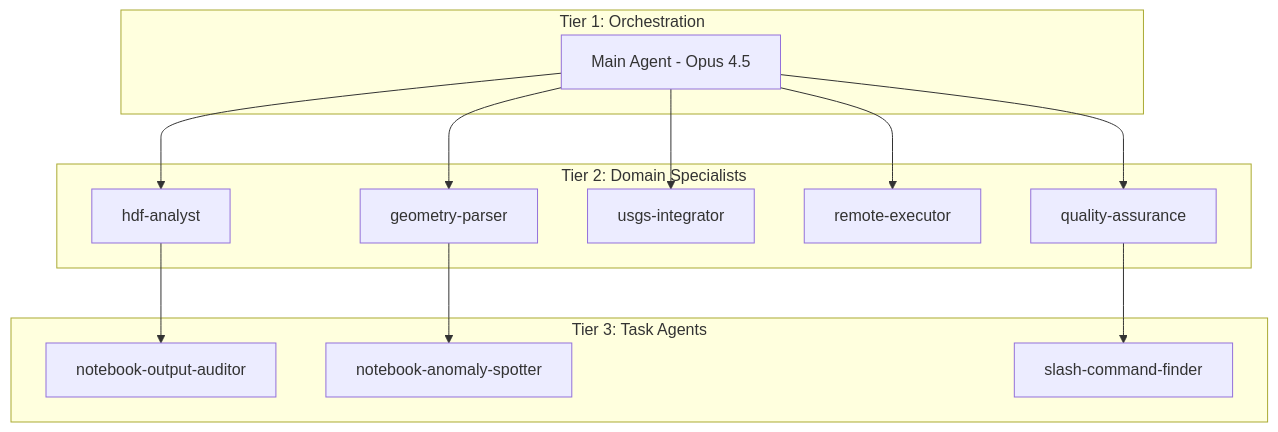
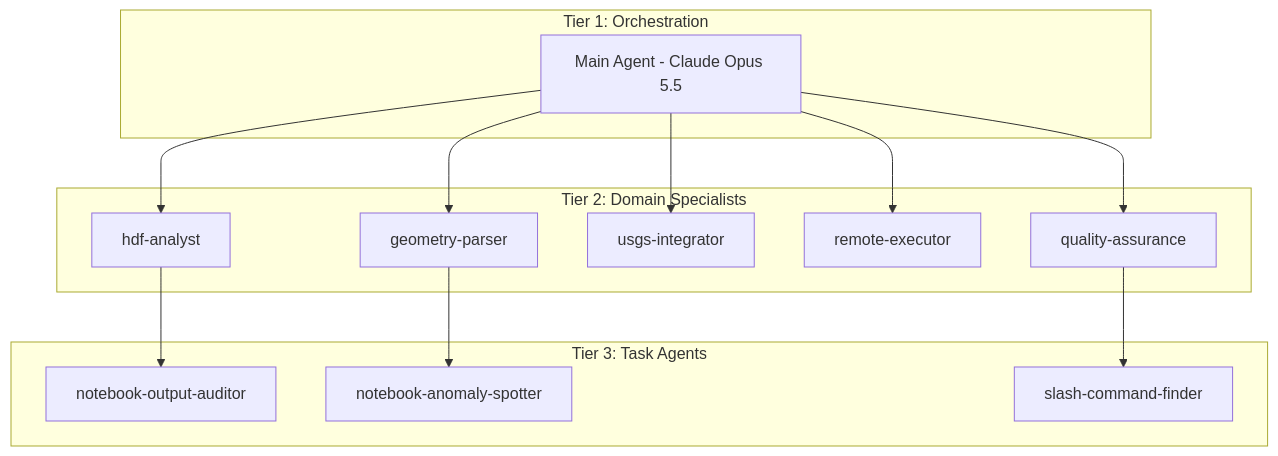
Before and after one commit to gpt-cmdr/ras-commander: the diagram in docs/cognitive-infrastructure/index.md, drawn with Mermaid. The commit also changed other lines of this file, not shown here.

````diff
--- a/docs/cognitive-infrastructure/index.md
+++ b/docs/cognitive-infrastructure/index.md
@@ -16,30 +16,30 @@
 ```mermaid
 graph TB
     subgraph "Tier 1: Orchestration"
-        O[Main Agent - Opus 4.5]
+        O[Main Agent - Claude Opus 5.5]
     end
 
     subgraph "Tier 2: Domain Specialists"
         HDF[hdf-analyst]
         GEO[geometry-parser]
         USGS[usgs-integrator]
         REM[remote-executor]
         QA[quality-assurance]
     end
 
     subgraph "Tier 3: Task Agents"
         NOA[notebook-output-auditor]
         NAS[notebook-anomaly-spotter]
         SLH[slash-command-finder]
     end
 
     O --> HDF
     O --> GEO
     O --> USGS
     O --> REM
     O --> QA
 
     HDF --> NOA
     GEO --> NAS
     QA --> SLH
 ```
````
